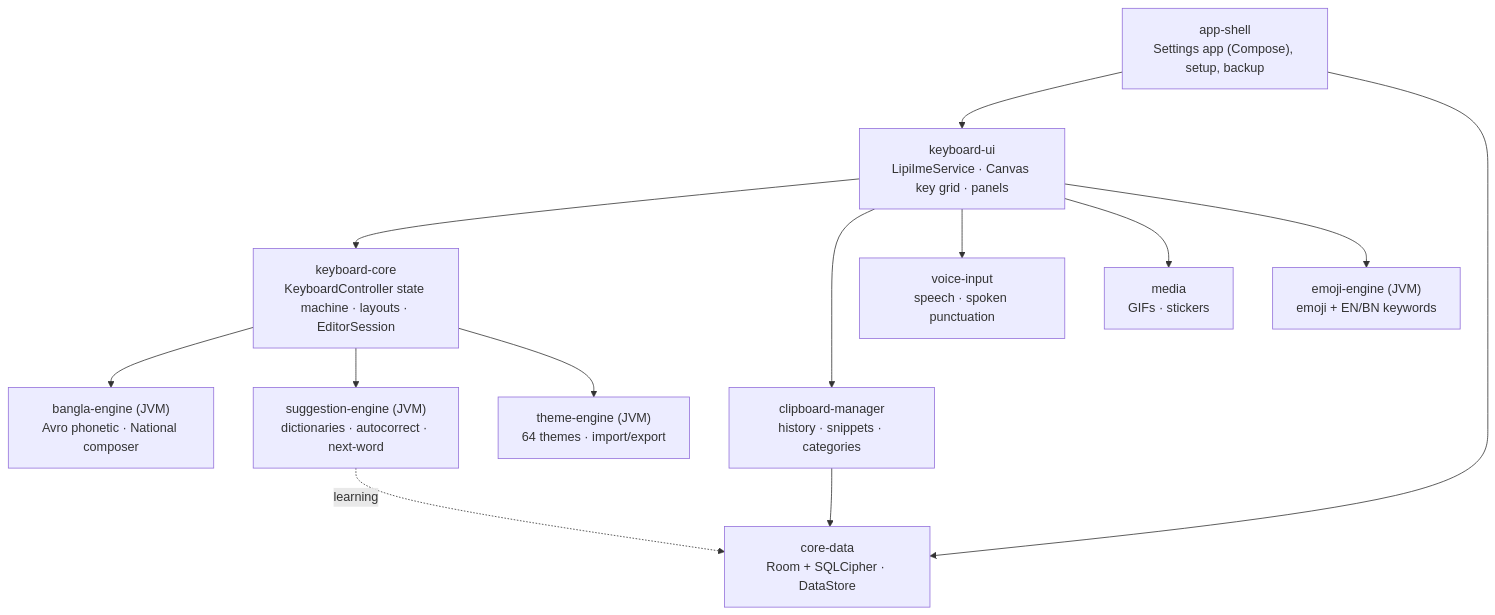
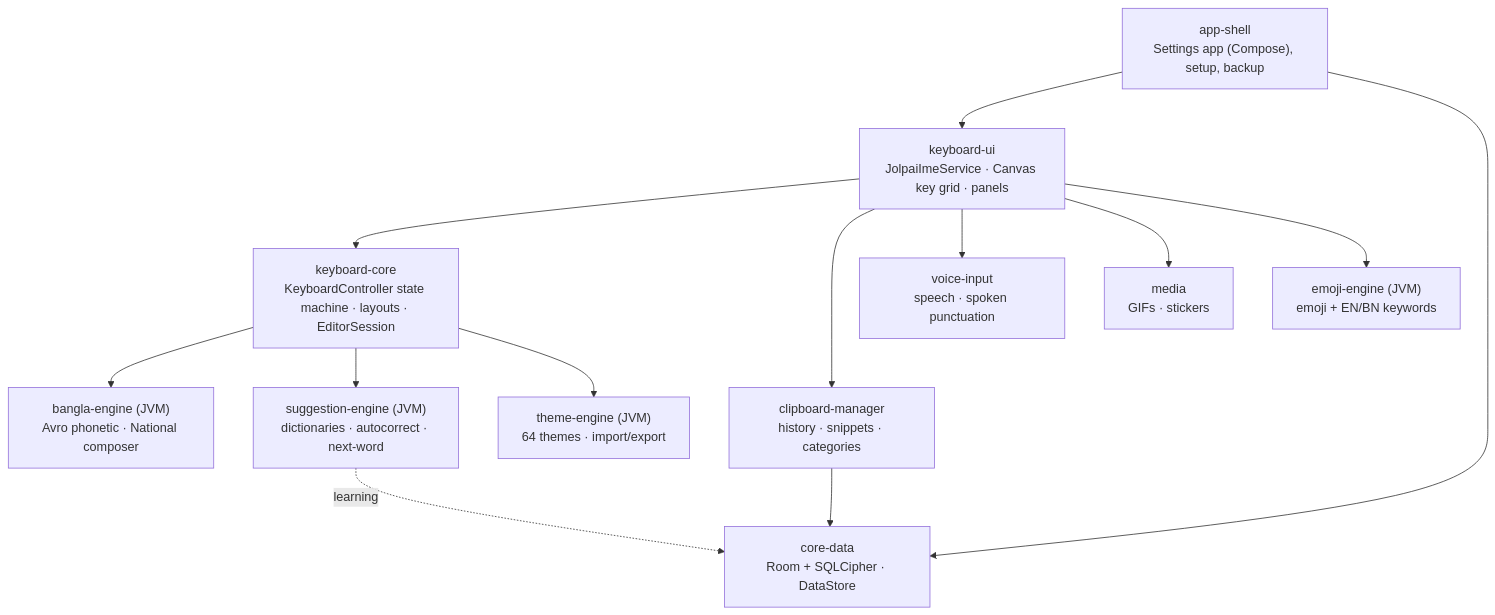
The first of 2 diagrams in README.md (Yeamin-Talukder/jolpai-keyboard), drawn with Mermaid before and after one commit. The commit also changed other lines of this file and 248 other files, not shown here.

First line of the commit message:
Rename package com.yeamin.lipi to com.yeamin.jolpai

````diff
--- a/README.md
+++ b/README.md
@@ -155,27 +160,27 @@
 ```mermaid
 flowchart TD
     APP["app-shell<br/>Settings app (Compose), setup, backup"]
-    UI["keyboard-ui<br/>LipiImeService · Canvas key grid · panels"]
+    UI["keyboard-ui<br/>JolpaiImeService · Canvas key grid · panels"]
     CORE["keyboard-core<br/>KeyboardController state machine · layouts · EditorSession"]
     BN["bangla-engine (JVM)<br/>Avro phonetic · National composer"]
     SG["suggestion-engine (JVM)<br/>dictionaries · autocorrect · next-word"]
     EM["emoji-engine (JVM)<br/>emoji + EN/BN keywords"]
     TH["theme-engine (JVM)<br/>64 themes · import/export"]
     CB["clipboard-manager<br/>history · snippets · categories"]
     VO["voice-input<br/>speech · spoken punctuation"]
     ME["media<br/>GIFs · stickers"]
     DATA["core-data<br/>Room + SQLCipher · DataStore"]
 
     APP --> UI
     APP --> DATA
     UI --> CORE
     UI --> CB
     UI --> VO
     UI --> ME
     UI --> EM
     CORE --> BN
     CORE --> SG
     CORE --> TH
     CB --> DATA
     SG -.learning.-> DATA
 ```
````
